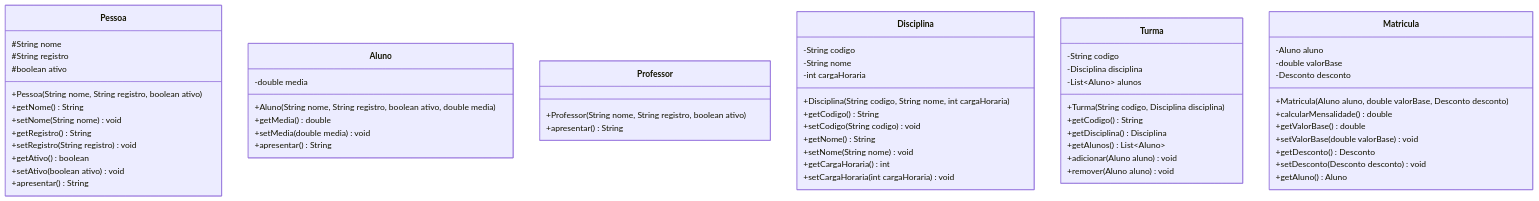
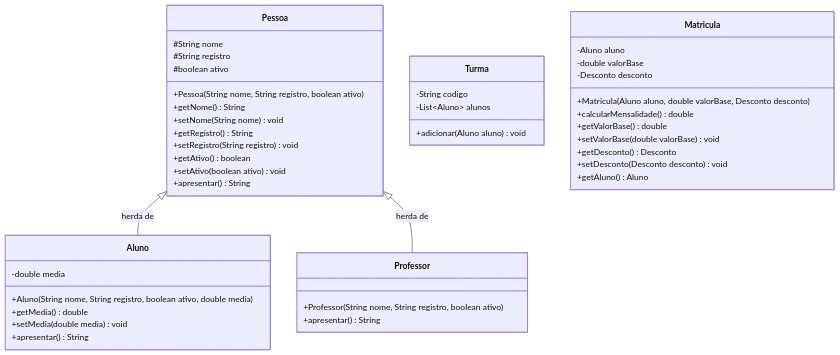
One commit to Meirielen04/siga-uml changed the diagram in diagramaClasse.md. Above: the diagram before and after it, drawn with Mermaid.

Commit message:
etapa 2: notação de generalização com seta e triangulo cheio representando a herança de professor e aluno para pessoa

````diff
--- a/diagramaClasse.md
+++ b/diagramaClasse.md
@@ -1,70 +1,56 @@
 ```mermaid
 classDiagram
     direction TB
 
     %% Entidades Principais
     class Pessoa {
         #String nome
         #String registro
         #boolean ativo
         +Pessoa(String nome, String registro, boolean ativo)
         +getNome() String
         +setNome(String nome) void
         +getRegistro() String
         +setRegistro(String registro) void
         +getAtivo() boolean
         +setAtivo(boolean ativo) void
         +apresentar() String
     }
 
     class Aluno {
         -double media
         +Aluno(String nome, String registro, boolean ativo, double media)
         +getMedia() double
         +setMedia(double media) void
         +apresentar() String
     }
 
     class Professor {
         +Professor(String nome, String registro, boolean ativo)
         +apresentar() String
     }
 
-    class Disciplina {
-        -String codigo
-        -String nome
-        -int cargaHoraria
-        +Disciplina(String codigo, String nome, int cargaHoraria)
-        +getCodigo() String
-        +setCodigo(String codigo) void
-        +getNome() String
-        +setNome(String nome) void
-        +getCargaHoraria() int
-        +setCargaHoraria(int cargaHoraria) void
-    }
-
     class Turma {
         -String codigo
-        -Disciplina disciplina
         -List~Aluno~ alunos
-        +Turma(String codigo, Disciplina disciplina)
-        +getCodigo() String
-        +getDisciplina() Disciplina
-        +getAlunos() List~Aluno~
         +adicionar(Aluno aluno) void
-        +remover(Aluno aluno) void
     }
 
     class Matricula {
         -Aluno aluno
         -double valorBase
         -Desconto desconto
         +Matricula(Aluno aluno, double valorBase, Desconto desconto)
         +calcularMensalidade() double
         +getValorBase() double
         +setValorBase(double valorBase) void
         +getDesconto() Desconto
         +setDesconto(Desconto desconto) void
         +getAluno() Aluno
     }
+
+    %% Relacionamentos
+    %% Herança / Generalização
+    Pessoa <|-- Aluno : herda de
+    Pessoa <|-- Professor : herda de
 ```
````
